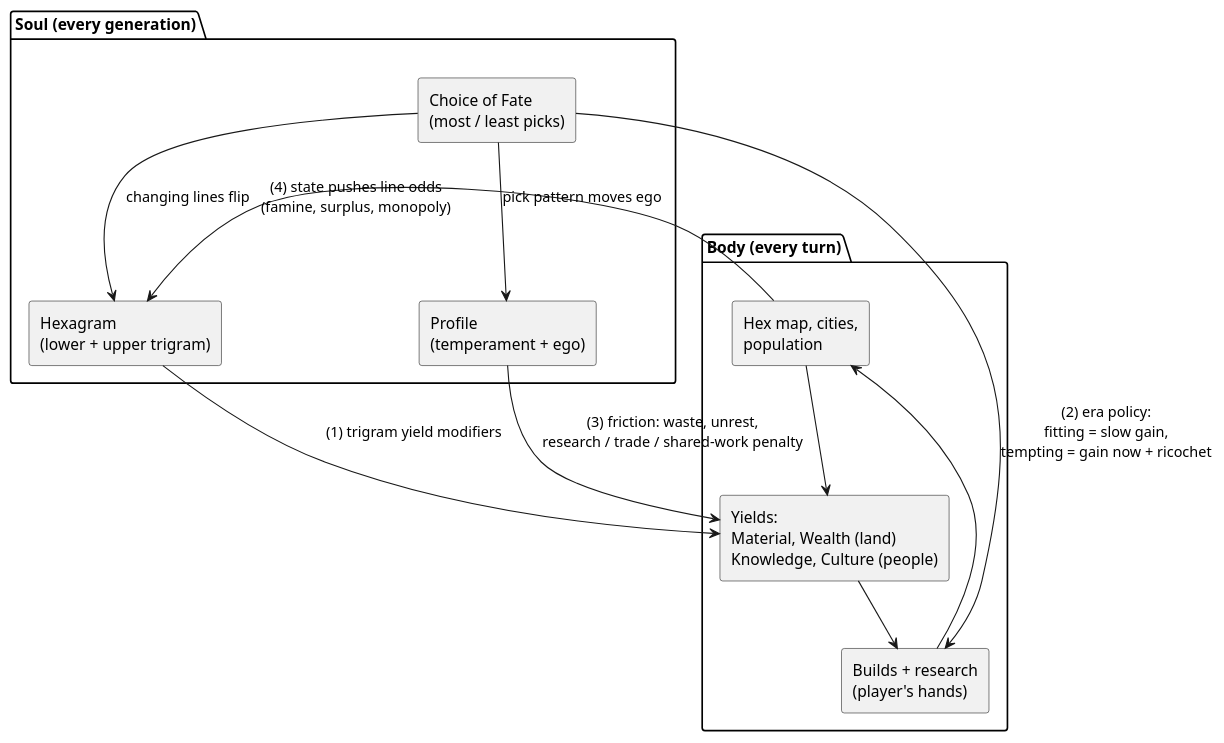
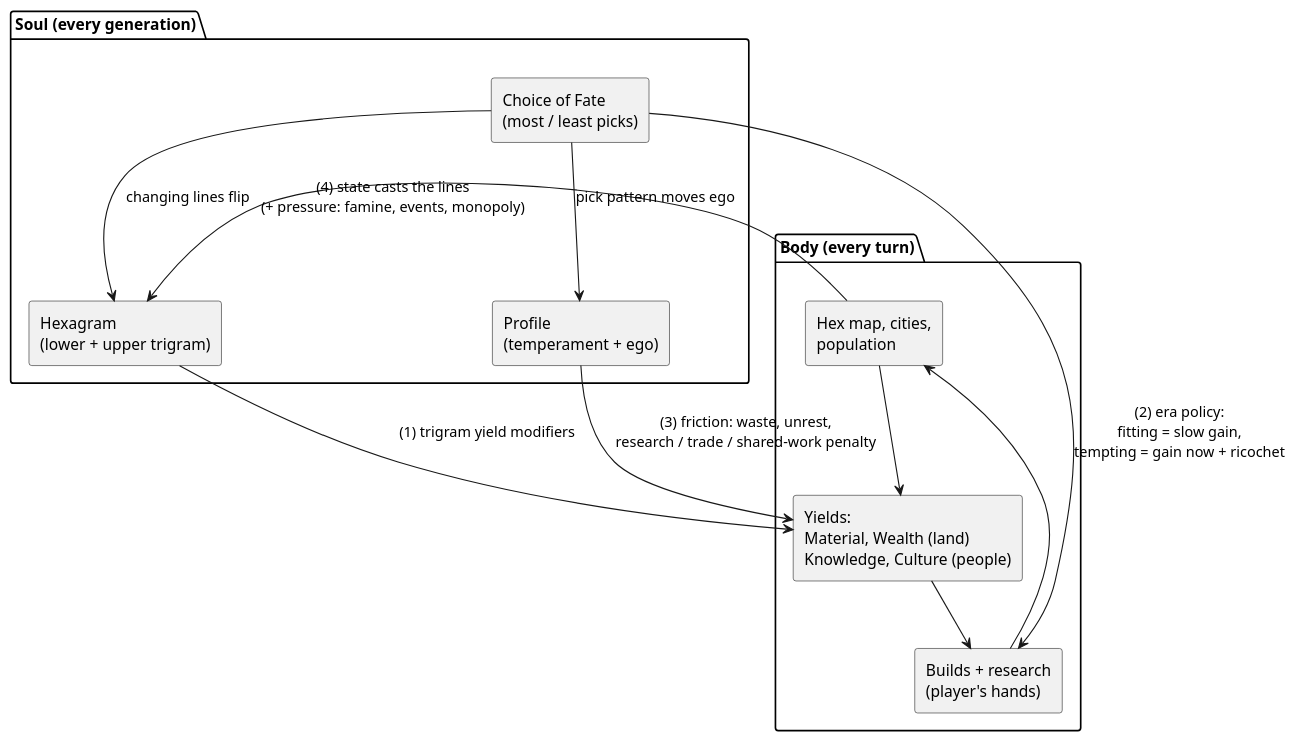
Before and after one commit to zzt108/Syntropy: the third of 3 diagrams in .doc/26-11-17 Game design brainstorming/brainstorming-base.md, drawn with PlantUML. The commit also changed other lines of this file, not shown here.

First line of the commit message:
Let the body cast the hexagram lines; add trigram climate

````diff
--- a/.doc/26-11-17 Game design brainstorming/brainstorming-base.md
+++ b/.doc/26-11-17 Game design brainstorming/brainstorming-base.md
@@ -130,23 +136,23 @@
 ```plantuml
 @startuml
 package "Soul (every generation)" {
   rectangle "Hexagram\n(lower + upper trigram)" as HX
   rectangle "Profile\n(temperament + ego)" as PF
   rectangle "Choice of Fate\n(most / least picks)" as CF
 }
 package "Body (every turn)" {
   rectangle "Hex map, cities,\npopulation" as MAP
   rectangle "Yields:\nMaterial, Wealth (land)\nKnowledge, Culture (people)" as YLD
   rectangle "Builds + research\n(player's hands)" as ACT
 }
 HX --> YLD : (1) trigram yield modifiers
 CF --> ACT : (2) era policy:\nfitting = slow gain,\ntempting = gain now + ricochet
 PF --> YLD : (3) friction: waste, unrest,\nresearch / trade / shared-work penalty
-MAP --> HX : (4) state pushes line odds\n(famine, surplus, monopoly)
+MAP --> HX : (4) state casts the lines\n(+ pressure: famine, events, monopoly)
 CF --> PF : pick pattern moves ego
 CF --> HX : changing lines flip
 MAP --> YLD
 YLD --> ACT
 ACT --> MAP
 @enduml
 ```
````
